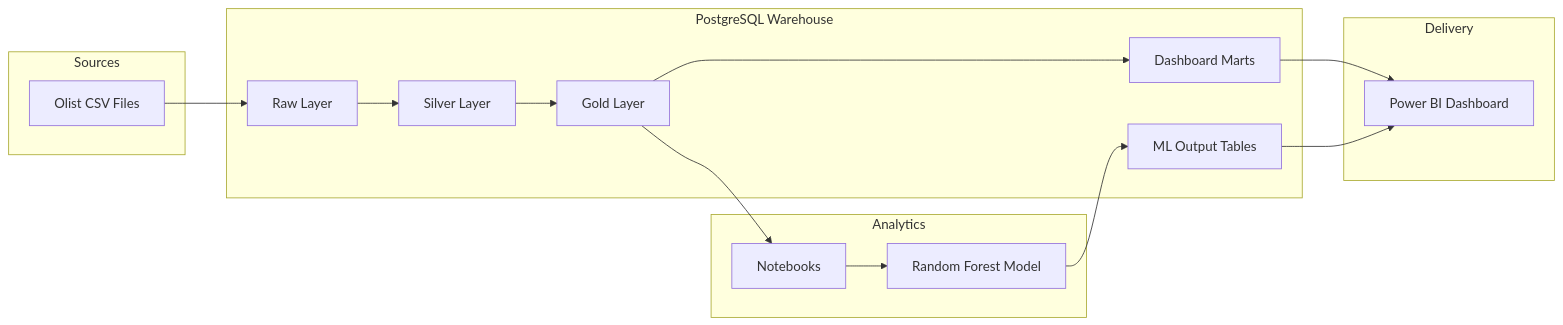
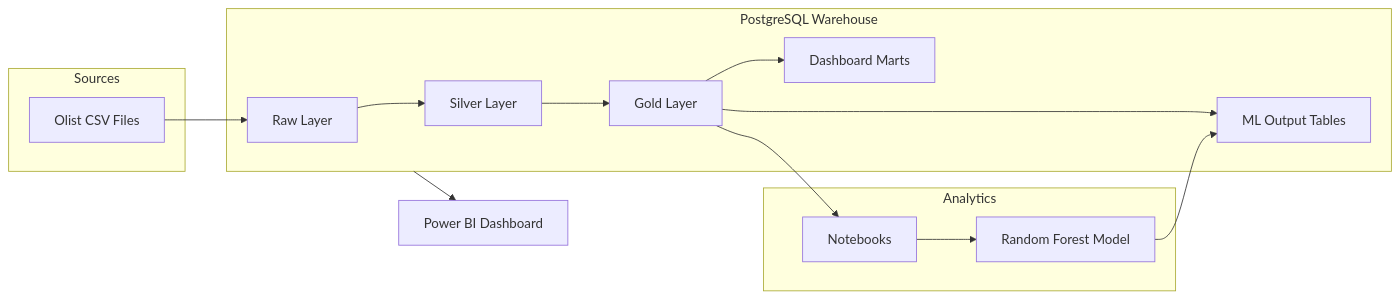
One commit to Sherry-max33/ecommerce-bi-dashboard changed the diagram in README.md. Above: the diagram before and after it, drawn with Mermaid. The commit also changed other lines of this file, not shown here.

````diff
--- a/README.md
+++ b/README.md
@@ -58,26 +58,28 @@
 ```mermaid
 flowchart LR
     subgraph Sources
         CSV[Olist CSV Files]
     end
 
     subgraph Warehouse["PostgreSQL Warehouse"]
         RAW[Raw Layer]
         SILVER[Silver Layer]
         GOLD[Gold Layer]
         DASH[Dashboard Marts]
         ML[ML Output Tables]
+        RAW --> SILVER --> GOLD
+        GOLD --> DASH
+        GOLD --> ML
     end
 
     subgraph Analytics
-        NB[Notebooks]
-        RF[Random Forest Model]
+        NB[Notebooks] --> RF[Random Forest Model]
     end
 
-    subgraph Delivery
-        PBI[Power BI Dashboard]
-    end
+    PBI[Power BI Dashboard]
 
-    CSV --> RAW --> SILVER --> GOLD --> DASH --> PBI
-    GOLD --> NB --> RF --> ML --> PBI
+    CSV --> RAW
+    GOLD --> NB
+    RF --> ML
+    Warehouse --> PBI
 ```
````
